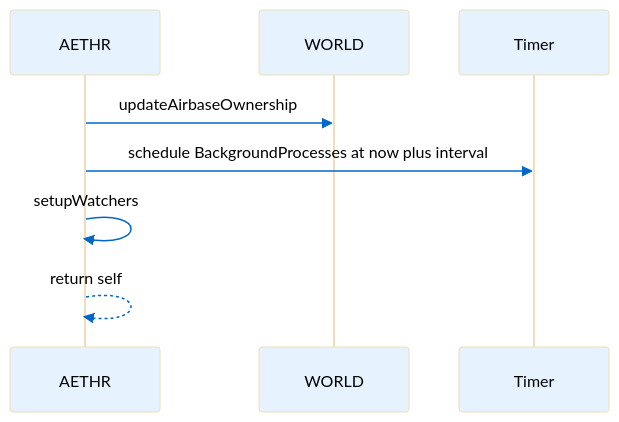
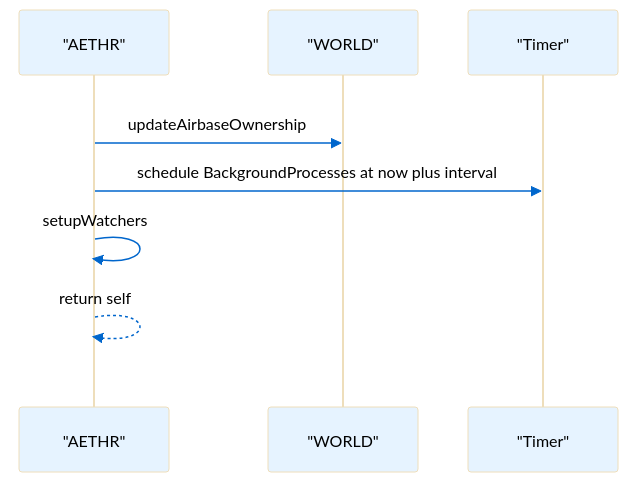
One commit to Gh0st352/AETHR changed the second of 3 diagrams in docs/aethr/startup_and_watchers.md. Above: the diagram before and after it, drawn with Mermaid. The commit also changed other lines of this file and 6 other files, not shown here.

First line of the commit message:
Refactor documentation with enhanced flowcharts and sequence diagrams

````diff
--- a/docs/aethr/startup_and_watchers.md
+++ b/docs/aethr/startup_and_watchers.md
@@ -36,11 +58,14 @@
 ```mermaid
-%%{init: {"theme":"base","themeVariables":{"actorBkg":"#e6f3ff","actorTextColor":"#000","lineColor":"#495057","signalColor":"#0066cc","signalTextColor":"#000","fontSize":"14px"}}}%%
+%%{init: {"theme":"base","themeVariables":{"actorBkg":"#e6f3ff","actorTextColor":"#000000ff","lineColor":"#495057","signalColor":"#0066cc","signalTextColor":"#000000ff","textColor":"#000000ff","fontSize":"14px"}}}%%
 sequenceDiagram
-  participant A as AETHR
-  participant W as WORLD
-  participant T as Timer
-  A->>W: updateAirbaseOwnership
-  A->>T: schedule BackgroundProcesses at now plus interval
-  A->>A: setupWatchers
-  A-->>A: return self
+  participant A as "AETHR"
+  participant W as "WORLD"
+  participant T as "Timer"
+
+  rect rgba(255,255,255,0.75)
+    A->>W: updateAirbaseOwnership
+    A->>T: schedule BackgroundProcesses at now plus interval
+    A->>A: setupWatchers
+    A-->>A: return self
+  end
 ```
````
